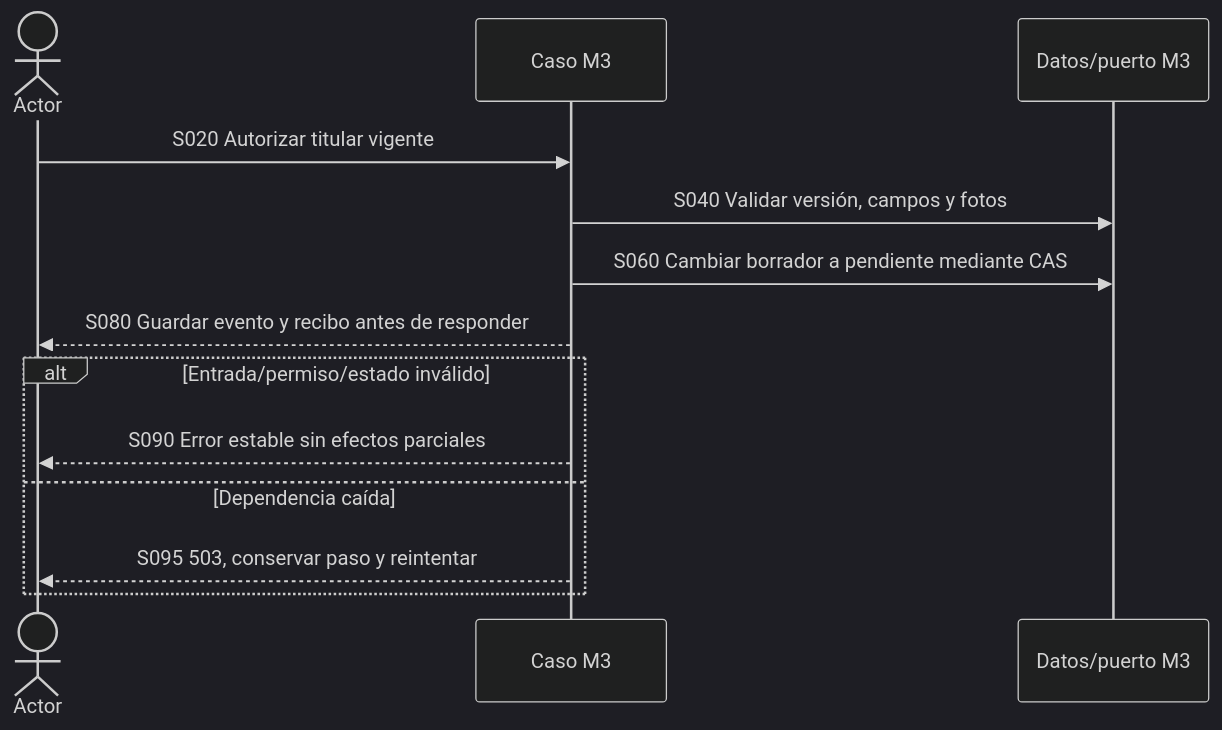
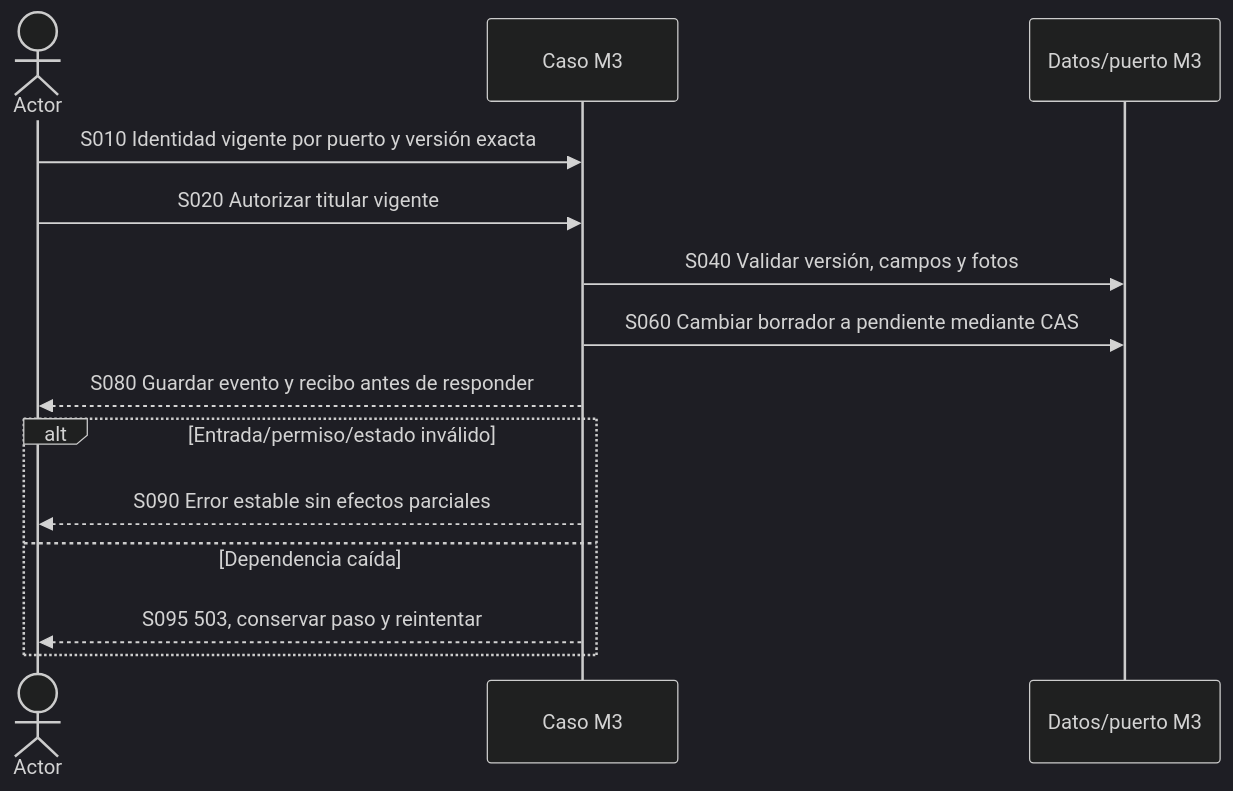
One commit to AndresRaRi/marleva changed the diagram in marleva-local/repositorio/docs/diagramas/secuencia/M3/MAR-M3-SEQ-005.mmd. Above: the diagram before and after it, drawn with Mermaid (dark theme). The commit also changed 58 other files, not shown here.

```diff
--- a/marleva-local/repositorio/docs/diagramas/secuencia/M3/MAR-M3-SEQ-005.mmd
+++ b/marleva-local/repositorio/docs/diagramas/secuencia/M3/MAR-M3-SEQ-005.mmd
@@ -1,14 +1,15 @@
 %% MAR-M3-SEQ-005; UC-005; diseño previo, no prueba de ejecución
 sequenceDiagram
  actor U as Actor
  participant A as Caso M3
  participant D as Datos/puerto M3
+ U->>A: S010 Identidad vigente por puerto y versión exacta
  U->>A: S020 Autorizar titular vigente
  A->>D: S040 Validar versión, campos y fotos
  A->>D: S060 Cambiar borrador a pendiente mediante CAS
  A-->>U: S080 Guardar evento y recibo antes de responder
  alt Entrada/permiso/estado inválido
  A-->>U: S090 Error estable sin efectos parciales
  else Dependencia caída
  A-->>U: S095 503, conservar paso y reintentar
  end
```
